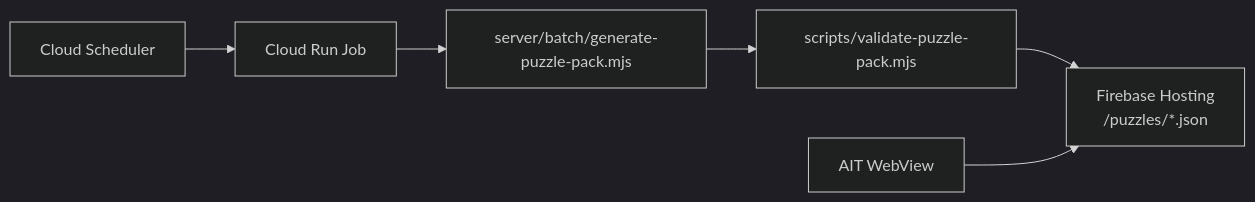
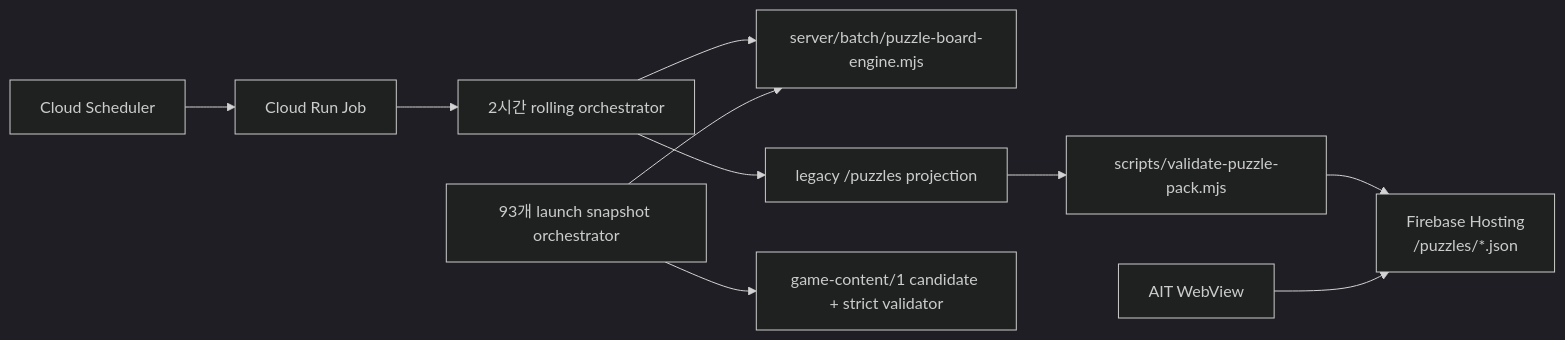
The third of 3 diagrams in docs/architecture.md (seorilabs/crossword-puzzle), drawn with Mermaid (dark theme) before and after one commit. The commit also changed other lines of this file and 6 other files, not shown here.

````diff
--- a/docs/architecture.md
+++ b/docs/architecture.md
@@ -66,8 +66,12 @@
 ```mermaid
 flowchart LR
   Scheduler["Cloud Scheduler"] --> Job["Cloud Run Job"]
-  Job --> Generator["server/batch/generate-puzzle-pack.mjs"]
-  Generator --> Validator["scripts/validate-puzzle-pack.mjs"]
+  Job --> Live["2시간 rolling orchestrator"]
+  Live --> Engine["server/batch/puzzle-board-engine.mjs"]
+  Snapshot["93개 launch snapshot orchestrator"] --> Engine
+  Live --> Legacy["legacy /puzzles projection"]
+  Legacy --> Validator["scripts/validate-puzzle-pack.mjs"]
   Validator --> Hosting["Firebase Hosting<br/>/puzzles/*.json"]
+  Snapshot --> Strict["game-content/1 candidate + strict validator"]
   AIT["AIT WebView"] --> Hosting
 ```
````
